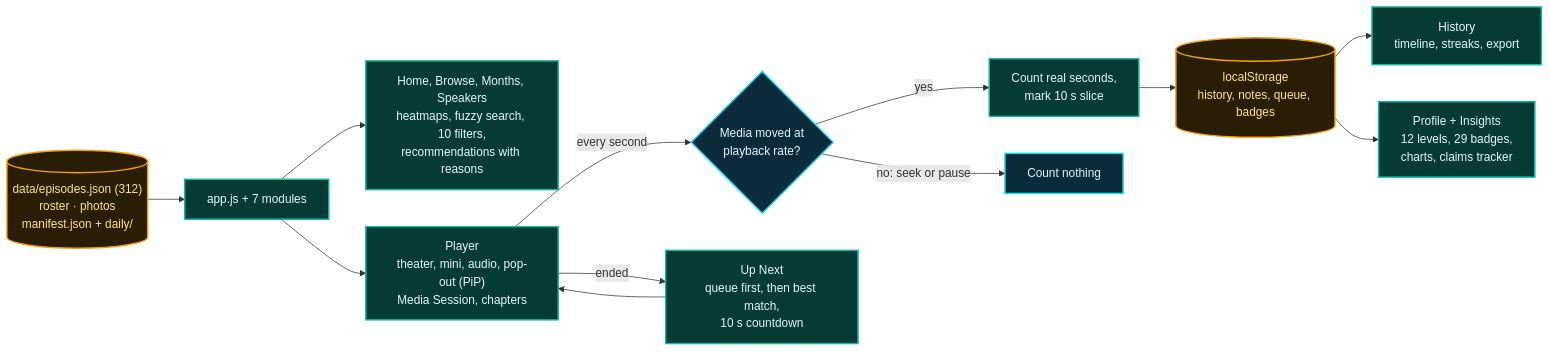
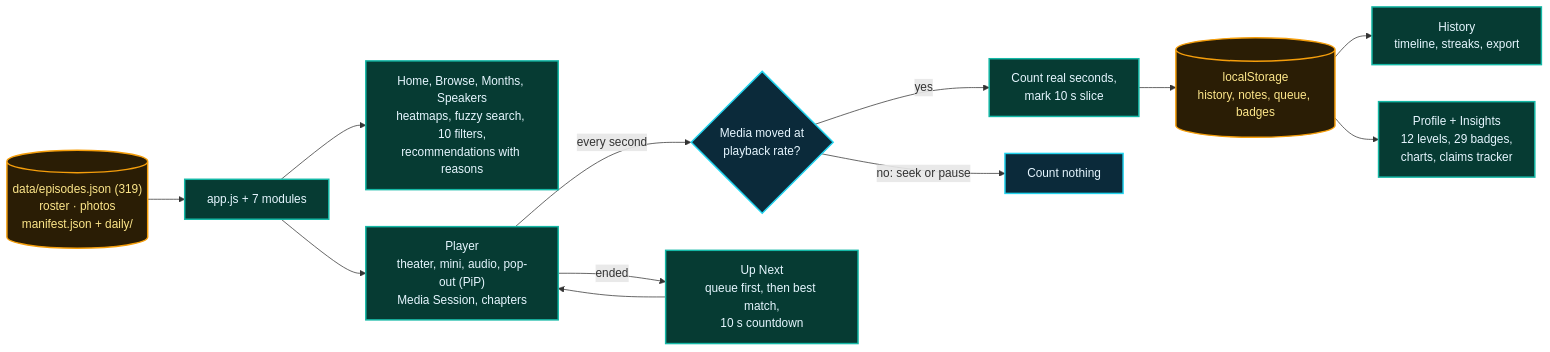
One commit to lo3elyon/ASI changed the eighth of 12 diagrams in README.md. Above: the diagram before and after it, drawn with Mermaid. The commit also changed other lines of this file, not shown here.

Commit message:
ASI hub: changelog and counts for AI Safety Full Episodes (319 episodes) (README.md)

````diff
--- a/README.md
+++ b/README.md
@@ -556,20 +556,20 @@
 ```mermaid
 flowchart LR
-    D[("data/episodes.json (312)<br/>roster · photos<br/>manifest.json + daily/")] --> APP["app.js + 7 modules"]
+    D[("data/episodes.json (319)<br/>roster · photos<br/>manifest.json + daily/")] --> APP["app.js + 7 modules"]
     APP --> LIB["Home, Browse, Months, Speakers<br/>heatmaps, fuzzy search, 10 filters,<br/>recommendations with reasons"]
     APP --> PLY["Player<br/>theater, mini, audio, pop-out (PiP)<br/>Media Session, chapters"]
     PLY -->|"every second"| CLK{"Media moved at<br/>playback rate?"}
     CLK -->|"yes"| W["Count real seconds,<br/>mark 10 s slice"]
     CLK -->|"no: seek or pause"| X["Count nothing"]
     W --> LS[("localStorage<br/>history, notes, queue, badges")]
     LS --> HIS["History<br/>timeline, streaks, export"]
     LS --> PRO["Profile + Insights<br/>12 levels, 29 badges,<br/>charts, claims tracker"]
     PLY -->|"ended"| UP["Up Next<br/>queue first, then best match,<br/>10 s countdown"]
     UP --> PLY
     classDef d fill:#2a1d05,stroke:#f59e0b,stroke-width:2px,color:#fde68a
     classDef a fill:#063b33,stroke:#14b8a6,stroke-width:2px,color:#e6f6ff
     classDef q fill:#0b2a3a,stroke:#22d3ee,stroke-width:2px,color:#e6f6ff
     class D,LS d
     class APP,LIB,PLY,W,HIS,PRO,UP a
     class CLK,X q
 ```
````
